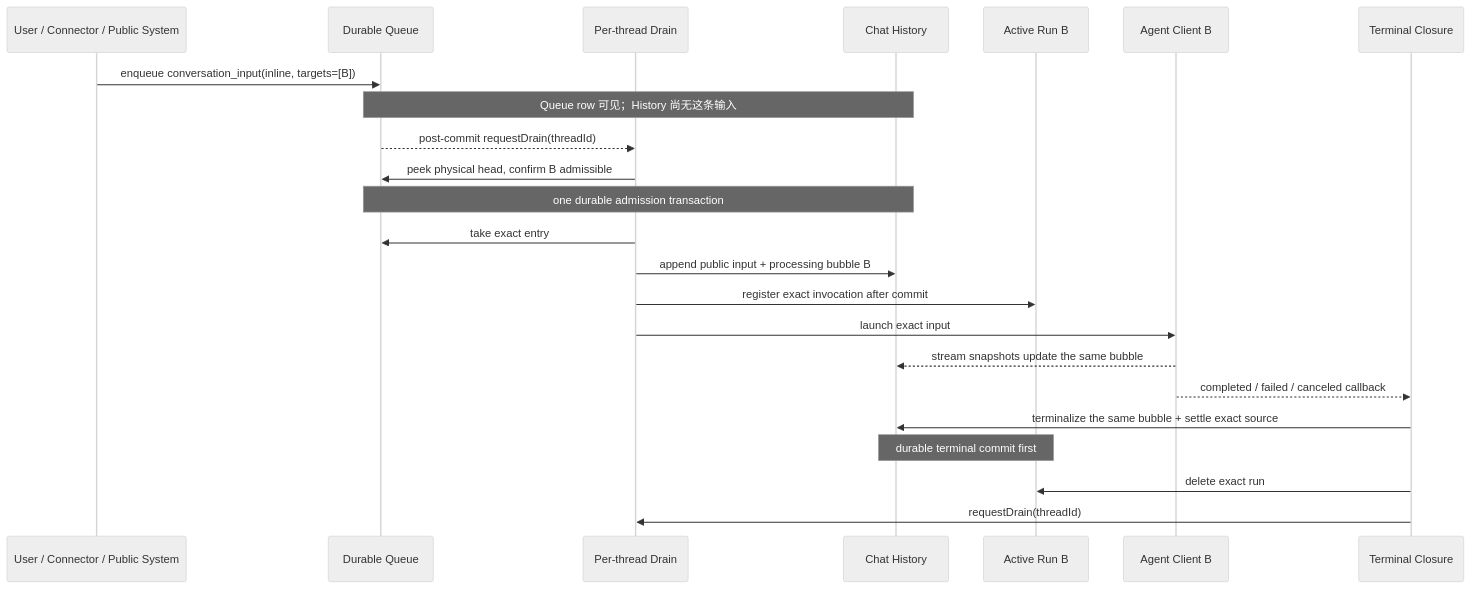
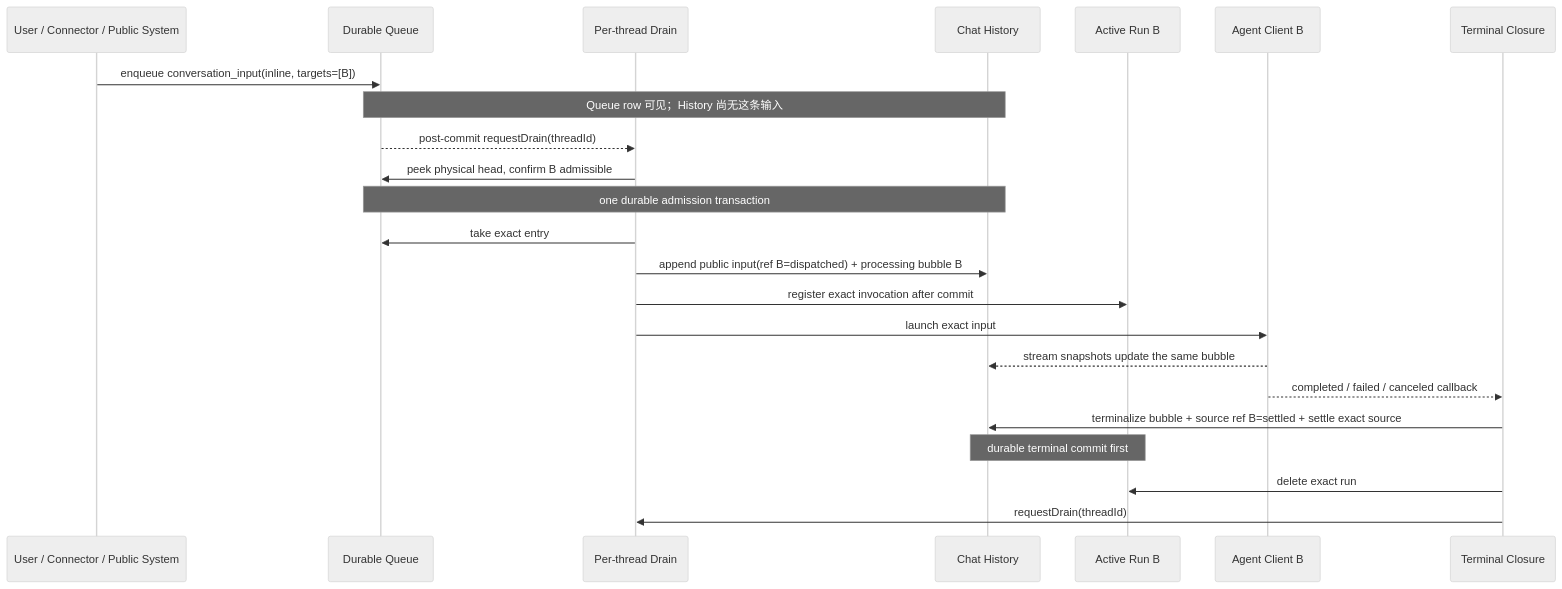
The first of 8 diagrams in docs/architecture/message-delivery-handling-handoff-audit.md (zts212653/clowder-ai), drawn with Mermaid (neutral theme) before and after one commit. The commit also changed other lines of this file, not shown here.

````diff
--- a/docs/architecture/message-delivery-handling-handoff-audit.md
+++ b/docs/architecture/message-delivery-handling-handoff-audit.md
@@ -89,26 +91,26 @@
 ```mermaid
 sequenceDiagram
     participant U as User / Connector / Public System
     participant Q as Durable Queue
     participant D as Per-thread Drain
     participant H as Chat History
     participant R as Active Run B
     participant B as Agent Client B
     participant T as Terminal Closure
 
     U->>Q: enqueue conversation_input(inline, targets=[B])
     Note over Q,H: Queue row 可见；History 尚无这条输入
     Q-->>D: post-commit requestDrain(threadId)
     D->>Q: peek physical head, confirm B admissible
     Note over Q,H: one durable admission transaction
     D->>Q: take exact entry
-    D->>H: append public input + processing bubble B
+    D->>H: append public input(ref B=dispatched) + processing bubble B
     D->>R: register exact invocation after commit
     D->>B: launch exact input
     B-->>H: stream snapshots update the same bubble
     B-->>T: completed / failed / canceled callback
-    T->>H: terminalize the same bubble + settle exact source
+    T->>H: terminalize bubble + source ref B=settled + settle exact source
     Note over H,R: durable terminal commit first
     T->>R: delete exact run
     T->>D: requestDrain(threadId)
 ```
````
